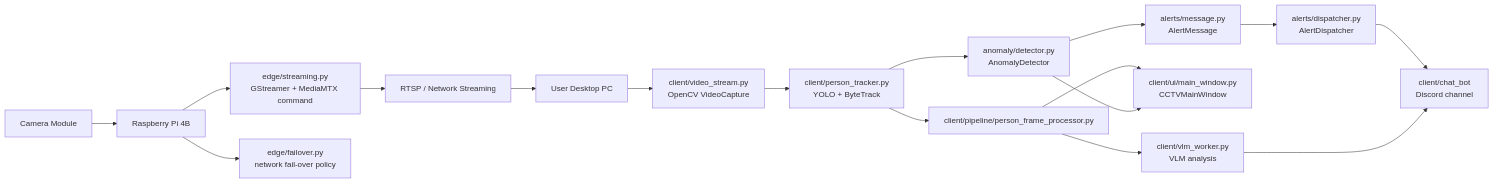
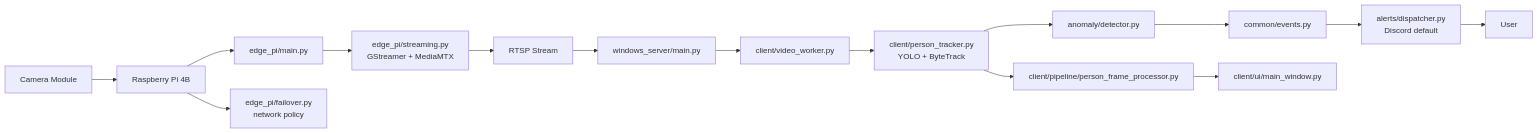
The first of 2 diagrams in flow.md (taegyu-heo-bigstar/AI_CCTV), drawn with Mermaid before and after one commit. The commit also changed other lines of this file and 19 other files, not shown here.

Commit message:
Split edge pi and windows server bundles

````diff
--- a/flow.md
+++ b/flow.md
@@ -31,19 +42,17 @@
 ```mermaid
 flowchart LR
     Camera["Camera Module"] --> Pi["Raspberry Pi 4B"]
-    Pi --> EdgeStream["edge/streaming.py<br/>GStreamer + MediaMTX command"]
-    Pi --> EdgeFailover["edge/failover.py<br/>network fail-over policy"]
-    EdgeStream --> RTSP["RTSP / Network Streaming"]
-    RTSP --> PC["User Desktop PC"]
-    PC --> VideoStream["client/video_stream.py<br/>OpenCV VideoCapture"]
-    VideoStream --> Tracker["client/person_tracker.py<br/>YOLO + ByteTrack"]
+    Pi --> EdgeMain["edge_pi/main.py"]
+    EdgeMain --> GStreamer["edge_pi/streaming.py<br/>GStreamer + MediaMTX"]
+    Pi --> Failover["edge_pi/failover.py<br/>network policy"]
+    GStreamer --> RTSP["RTSP Stream"]
+    RTSP --> Windows["windows_server/main.py"]
+    Windows --> VideoWorker["client/video_worker.py"]
+    VideoWorker --> Tracker["client/person_tracker.py<br/>YOLO + ByteTrack"]
     Tracker --> Processor["client/pipeline/person_frame_processor.py"]
-    Tracker --> Anomaly["anomaly/detector.py<br/>AnomalyDetector"]
-    Anomaly --> AlertMessage["alerts/message.py<br/>AlertMessage"]
-    AlertMessage --> AlertDispatcher["alerts/dispatcher.py<br/>AlertDispatcher"]
-    AlertDispatcher --> Chatbot["client/chat_bot<br/>Discord channel"]
-    Processor --> GUI["client/ui/main_window.py<br/>CCTVMainWindow"]
-    Anomaly --> GUI
-    Processor --> VLM["client/vlm_worker.py<br/>VLM analysis"]
-    VLM --> Chatbot
+    Tracker --> Anomaly["anomaly/detector.py"]
+    Anomaly --> CommonEvent["common/events.py"]
+    CommonEvent --> Alerts["alerts/dispatcher.py<br/>Discord default"]
+    Alerts --> User["User"]
+    Processor --> GUI["client/ui/main_window.py"]
 ```
````
